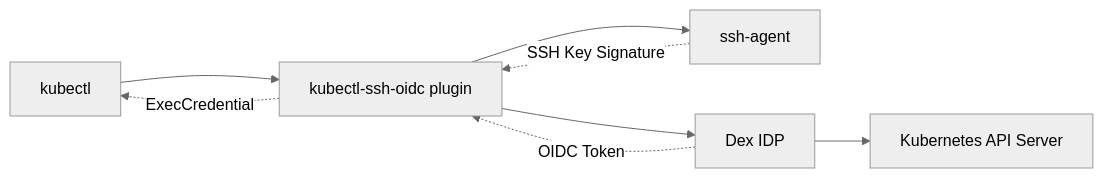
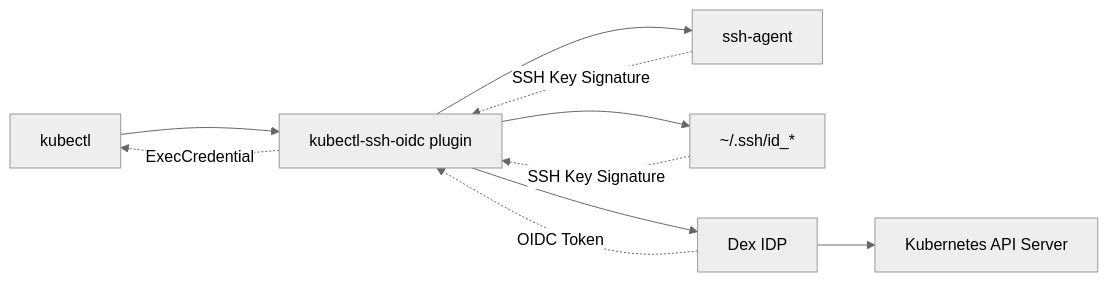
The diagram in README.md (nikogura/kubectl-ssh-oidc), drawn with Mermaid (neutral theme) before and after one commit. The commit also changed other lines of this file and 10 other files, not shown here.

Commit message:
add ssh key iteration and filesystem keys support

````diff
--- a/README.md
+++ b/README.md
@@ -24,11 +26,13 @@
 ```mermaid
 graph LR
     A[kubectl] --> B[kubectl-ssh-oidc plugin]
     B --> C[ssh-agent]
+    B --> F[~/.ssh/id_*]
     B --> D[Dex IDP]
     D --> E[Kubernetes API Server]
     
     C -.->|SSH Key Signature| B
+    F -.->|SSH Key Signature| B
     D -.->|OIDC Token| B
     B -.->|ExecCredential| A
 ```
````
